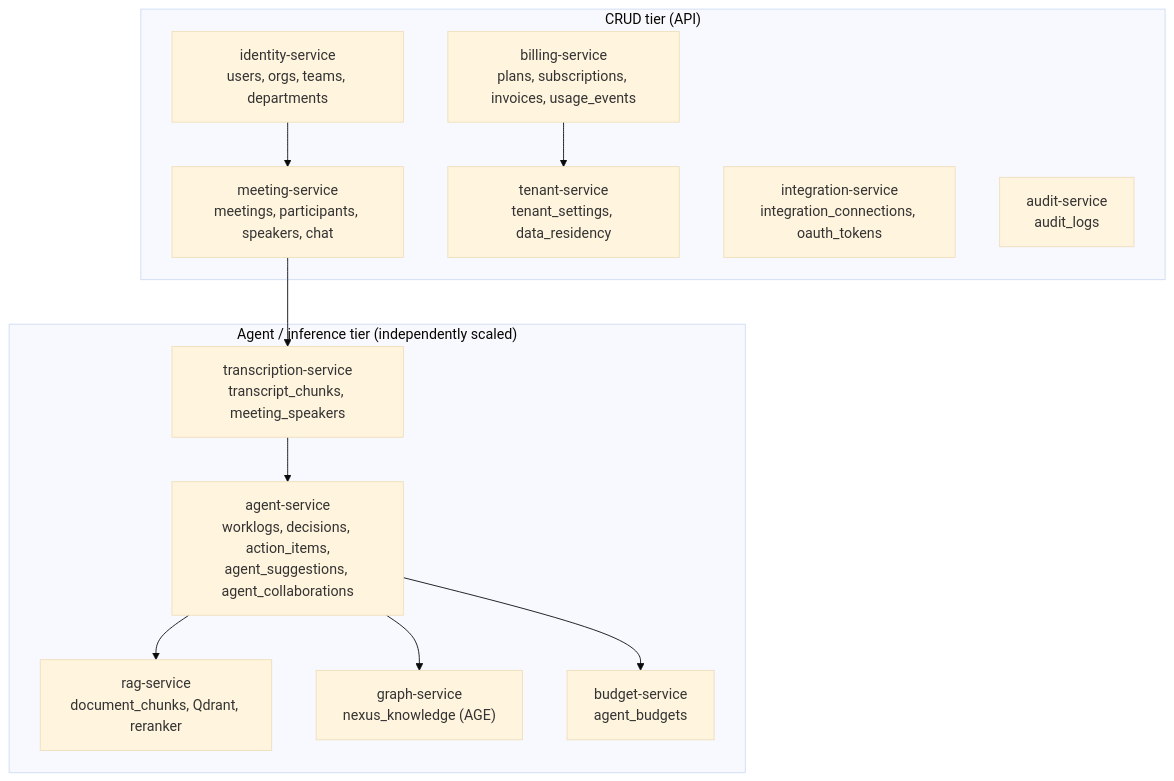
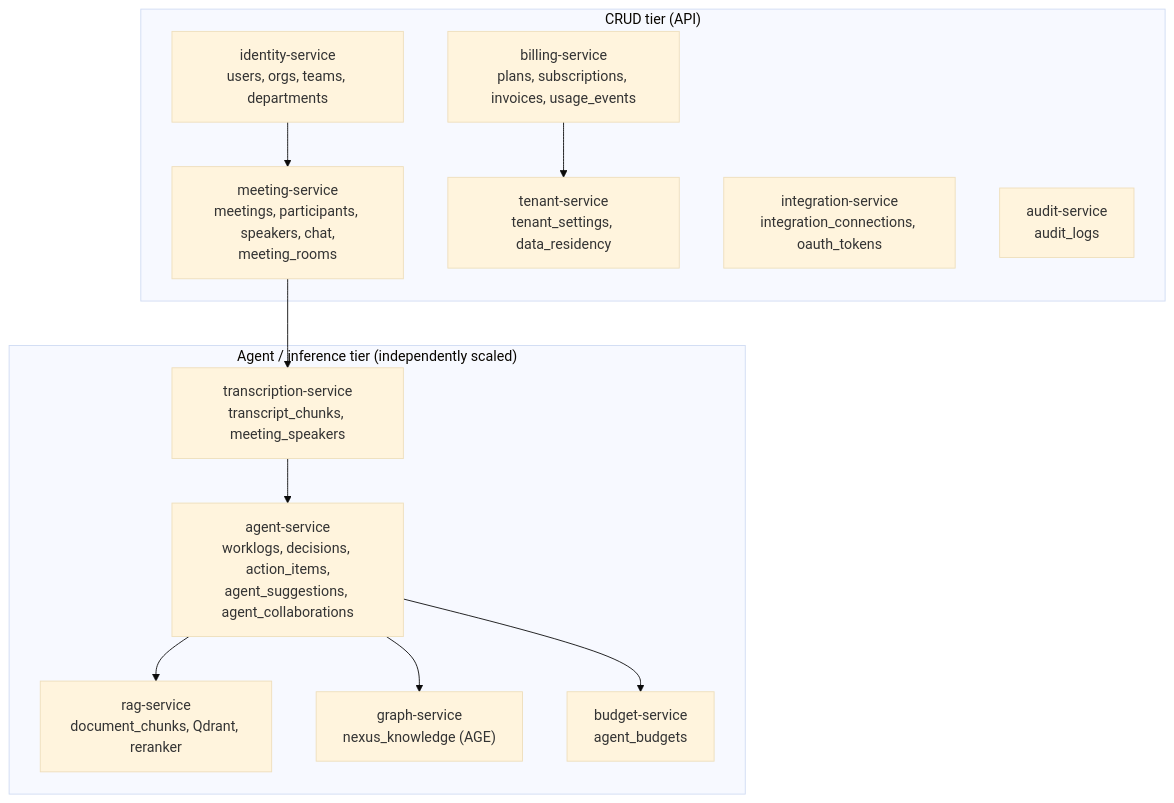
One commit to Mytheus-AI/mytheus-docs changed the first of 7 diagrams in _canon/02-data-model.md. Above: the diagram before and after it, drawn with Mermaid (base theme). The commit also changed other lines of this file and 3 other files, not shown here.

````diff
--- a/_canon/02-data-model.md
+++ b/_canon/02-data-model.md
@@ -38,25 +38,25 @@
 ```mermaid
 graph TD
   subgraph CRUD_Tier["CRUD tier (API)"]
     IdentitySvc["identity-service<br/>users, orgs, teams, departments"]
-    MeetingSvc["meeting-service<br/>meetings, participants, speakers, chat"]
+    MeetingSvc["meeting-service<br/>meetings, participants, speakers, chat,<br/>meeting_rooms"]
     TenantSvc["tenant-service<br/>tenant_settings, data_residency"]
     BillingSvc["billing-service<br/>plans, subscriptions, invoices, usage_events"]
     IntegrationSvc["integration-service<br/>integration_connections, oauth_tokens"]
     AuditSvc["audit-service<br/>audit_logs"]
   end
   subgraph Inference_Tier["Agent / inference tier (independently scaled)"]
     TranscriptSvc["transcription-service<br/>transcript_chunks, meeting_speakers"]
     AgentSvc["agent-service<br/>worklogs, decisions, action_items,<br/>agent_suggestions, agent_collaborations"]
     RAGSvc["rag-service<br/>document_chunks, Qdrant, reranker"]
     GraphSvc["graph-service<br/>nexus_knowledge (AGE)"]
     BudgetSvc["budget-service<br/>agent_budgets"]
   end
   IdentitySvc --> MeetingSvc
   MeetingSvc --> TranscriptSvc
   TranscriptSvc --> AgentSvc
   AgentSvc --> GraphSvc
   AgentSvc --> RAGSvc
   AgentSvc --> BudgetSvc
   BillingSvc --> TenantSvc
 ```
````
